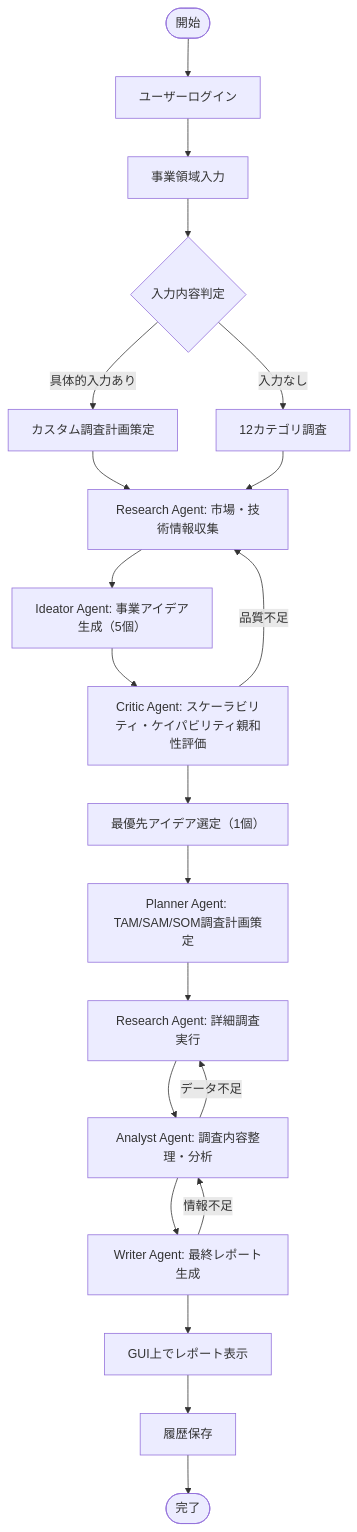
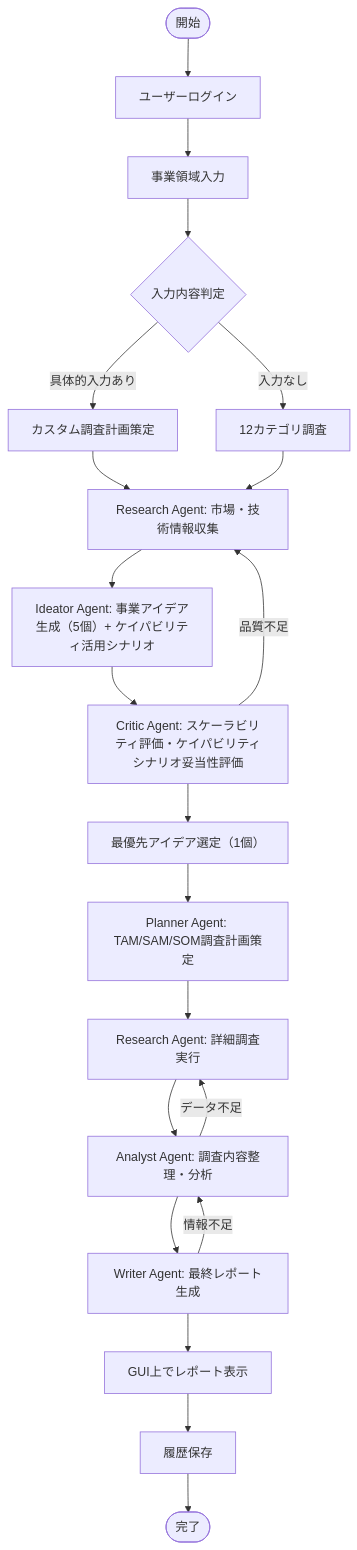
The second of 3 diagrams in .kiro/specs/business-proposal-agent/requirements.md (eijun-t/biz-dev-agent2), drawn with Mermaid before and after one commit. The commit also changed other lines of this file and 42 other files, not shown here.

````diff
--- a/.kiro/specs/business-proposal-agent/requirements.md
+++ b/.kiro/specs/business-proposal-agent/requirements.md
@@ -101,29 +101,29 @@
 ```mermaid
 flowchart TD
     START([開始]) --> LOGIN[ユーザーログイン]
     LOGIN --> INPUT[事業領域入力]
     INPUT --> DECISION{入力内容判定}
     
     DECISION -->|具体的入力あり| CUSTOM[カスタム調査計画策定]
     DECISION -->|入力なし| DEFAULT[12カテゴリ調査]
     
     CUSTOM --> RESEARCH1[Research Agent: 市場・技術情報収集]
     DEFAULT --> RESEARCH1
     
-    RESEARCH1 --> IDEATION[Ideator Agent: 事業アイデア生成（5個）]
-    IDEATION --> CRITIC[Critic Agent: スケーラビリティ・ケイパビリティ親和性評価]
+    RESEARCH1 --> IDEATION[Ideator Agent: 事業アイデア生成（5個）+ ケイパビリティ活用シナリオ]
+    IDEATION --> CRITIC[Critic Agent: スケーラビリティ評価・ケイパビリティシナリオ妥当性評価]
     CRITIC --> SELECTION[最優先アイデア選定（1個）]
     SELECTION --> PLANNER[Planner Agent: TAM/SAM/SOM調査計画策定]
     PLANNER --> RESEARCH2[Research Agent: 詳細調査実行]
     RESEARCH2 --> ANALYST[Analyst Agent: 調査内容整理・分析]
     ANALYST --> WRITER[Writer Agent: 最終レポート生成]
     
     %% 自律的判断による再調査フロー
     CRITIC -->|品質不足| RESEARCH1
     ANALYST -->|データ不足| RESEARCH2
     WRITER -->|情報不足| ANALYST
     
     WRITER --> DISPLAY[GUI上でレポート表示]
     DISPLAY --> SAVE[履歴保存]
     SAVE --> END([完了])
 ```
````
